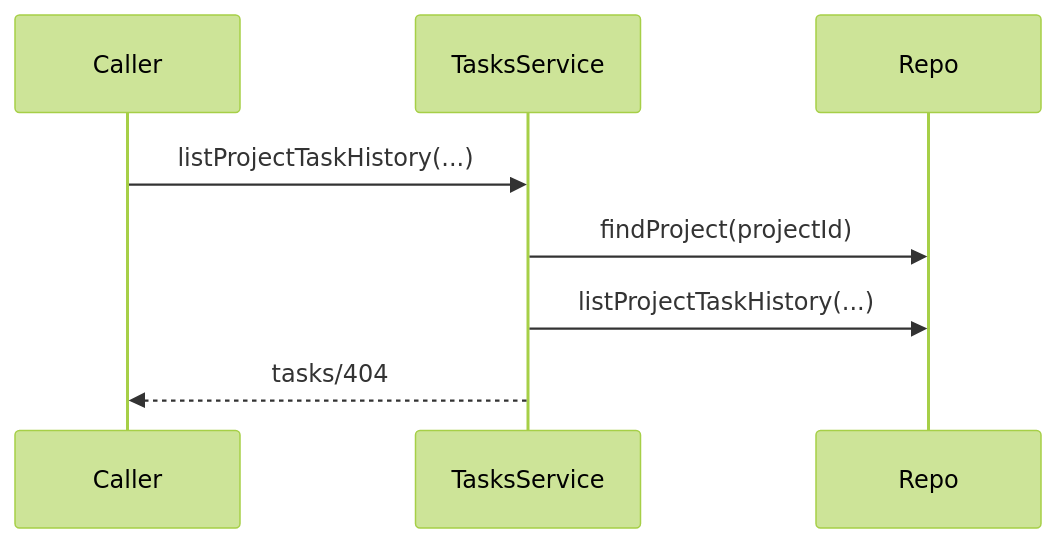
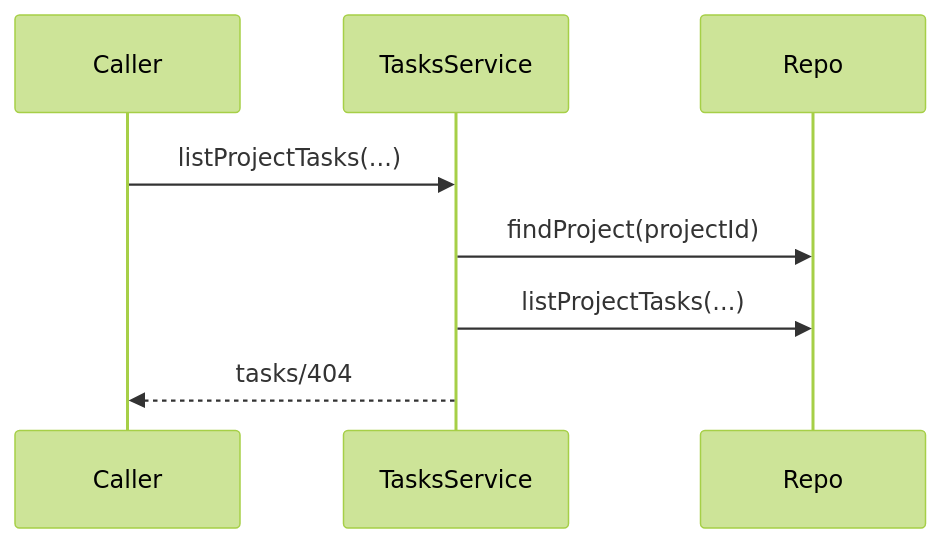
Before and after one commit to TurtleStoffel/tektite-console: the second of 8 diagrams in src/backend/domains/tasks/README.md, drawn with Mermaid (forest theme). The commit also changed other lines of this file and 11 other files, not shown here.

Commit message:
Rename Task History to Task

````diff
--- a/src/backend/domains/tasks/README.md
+++ b/src/backend/domains/tasks/README.md
@@ -20,10 +20,10 @@
 ```mermaid
 sequenceDiagram
     participant Caller
     participant TasksService
     participant Repo
-    Caller->>TasksService: listProjectTaskHistory(...)
+    Caller->>TasksService: listProjectTasks(...)
     TasksService->>Repo: findProject(projectId)
-    TasksService->>Repo: listProjectTaskHistory(...)
+    TasksService->>Repo: listProjectTasks(...)
     TasksService-->>Caller: tasks/404
 ```
````
